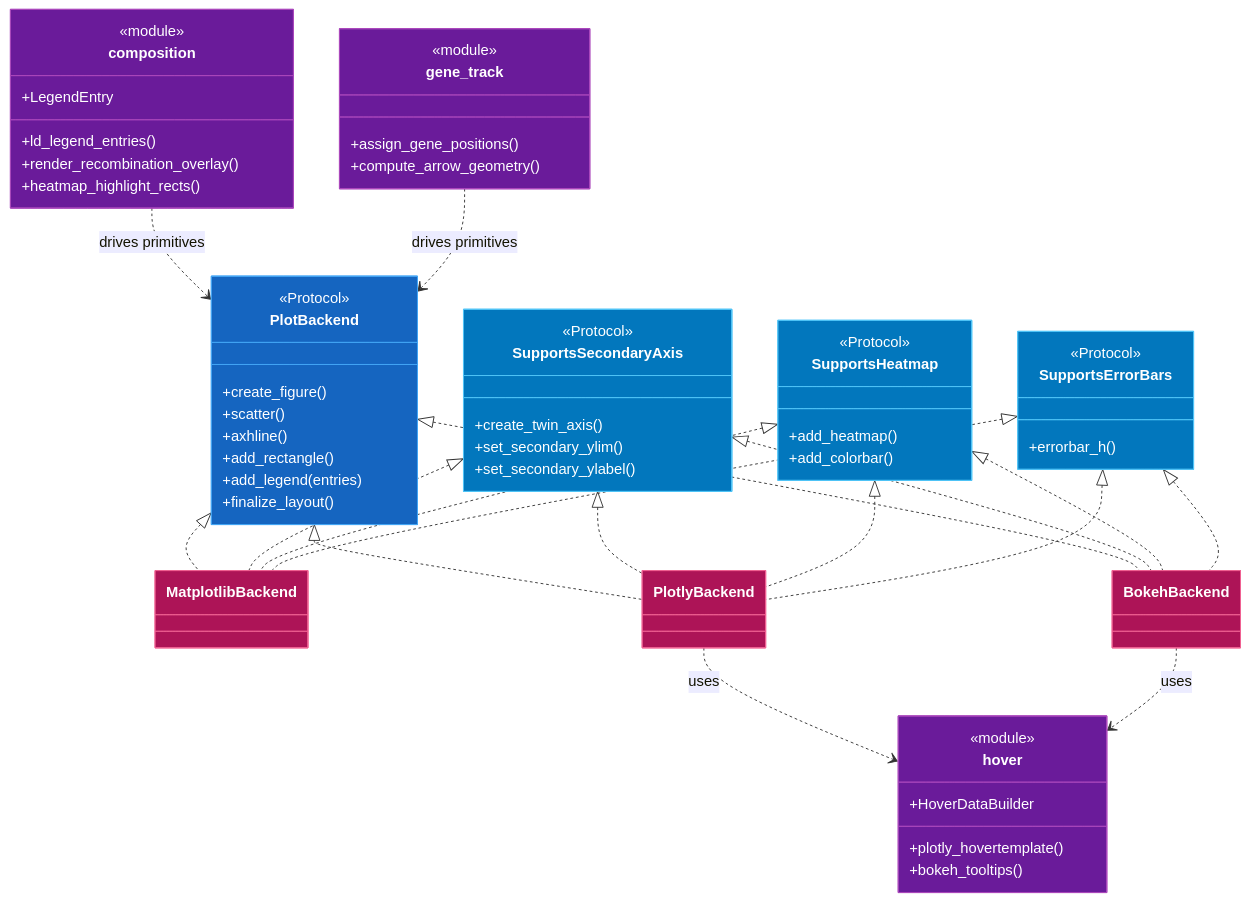
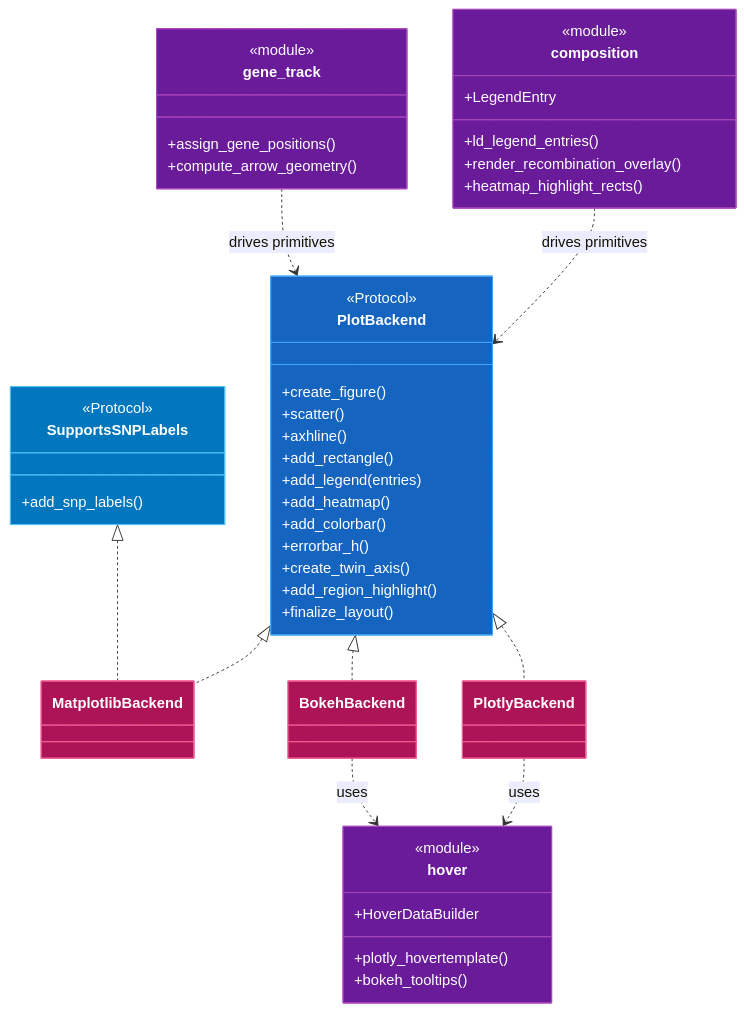
Before and after one commit to michael-denyer/pyLocusZoom: the third of 3 diagrams in docs/CODEMAP.md, drawn with Mermaid. The commit also changed other lines of this file and 17 other files, not shown here.

````diff
--- a/docs/CODEMAP.md
+++ b/docs/CODEMAP.md
@@ -357,76 +354,60 @@
 ```mermaid
 classDiagram
     class PlotBackend {
         <<Protocol>>
         +create_figure()
         +scatter()
         +axhline()
         +add_rectangle()
         +add_legend(entries)
+        +add_heatmap()
+        +add_colorbar()
+        +errorbar_h()
+        +create_twin_axis()
+        +add_region_highlight()
         +finalize_layout()
     }
-    class SupportsSecondaryAxis {
+    class SupportsSNPLabels {
         <<Protocol>>
-        +create_twin_axis()
-        +set_secondary_ylim()
-        +set_secondary_ylabel()
-    }
-    class SupportsHeatmap {
-        <<Protocol>>
-        +add_heatmap()
-        +add_colorbar()
-    }
-    class SupportsErrorBars {
-        <<Protocol>>
-        +errorbar_h()
+        +add_snp_labels()
     }
     class composition {
         <<module>>
         +LegendEntry
         +ld_legend_entries()
         +render_recombination_overlay()
         +heatmap_highlight_rects()
     }
     class hover {
         <<module>>
         +HoverDataBuilder
         +plotly_hovertemplate()
         +bokeh_tooltips()
     }
     class gene_track {
         <<module>>
         +assign_gene_positions()
         +compute_arrow_geometry()
     }
     class MatplotlibBackend
     class PlotlyBackend
     class BokehBackend
 
     PlotBackend <|.. MatplotlibBackend
     PlotBackend <|.. PlotlyBackend
     PlotBackend <|.. BokehBackend
-    SupportsSecondaryAxis <|.. MatplotlibBackend
-    SupportsSecondaryAxis <|.. PlotlyBackend
-    SupportsSecondaryAxis <|.. BokehBackend
-    SupportsHeatmap <|.. MatplotlibBackend
-    SupportsHeatmap <|.. PlotlyBackend
-    SupportsHeatmap <|.. BokehBackend
-    SupportsErrorBars <|.. MatplotlibBackend
-    SupportsErrorBars <|.. PlotlyBackend
-    SupportsErrorBars <|.. BokehBackend
+    SupportsSNPLabels <|.. MatplotlibBackend
     composition ..> PlotBackend : drives primitives
     gene_track ..> PlotBackend : drives primitives
     PlotlyBackend ..> hover : uses
     BokehBackend ..> hover : uses
 
     style PlotBackend fill:#1565c0,stroke:#42a5f5,color:#ffffff
-    style SupportsSecondaryAxis fill:#0277bd,stroke:#4fc3f7,color:#ffffff
-    style SupportsHeatmap fill:#0277bd,stroke:#4fc3f7,color:#ffffff
-    style SupportsErrorBars fill:#0277bd,stroke:#4fc3f7,color:#ffffff
+    style SupportsSNPLabels fill:#0277bd,stroke:#4fc3f7,color:#ffffff
     style MatplotlibBackend fill:#ad1457,stroke:#f06292,color:#ffffff
     style PlotlyBackend fill:#ad1457,stroke:#f06292,color:#ffffff
     style BokehBackend fill:#ad1457,stroke:#f06292,color:#ffffff
     style composition fill:#6a1b9a,stroke:#ab47bc,color:#ffffff
     style hover fill:#6a1b9a,stroke:#ab47bc,color:#ffffff
     style gene_track fill:#6a1b9a,stroke:#ab47bc,color:#ffffff
 ```
````
